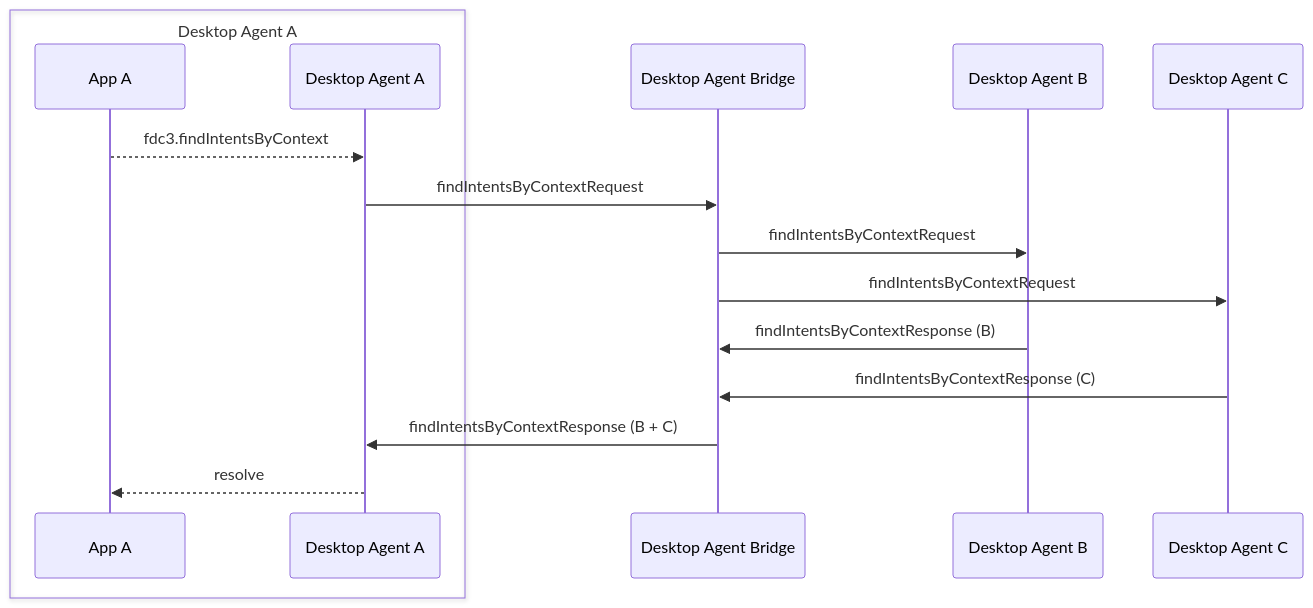
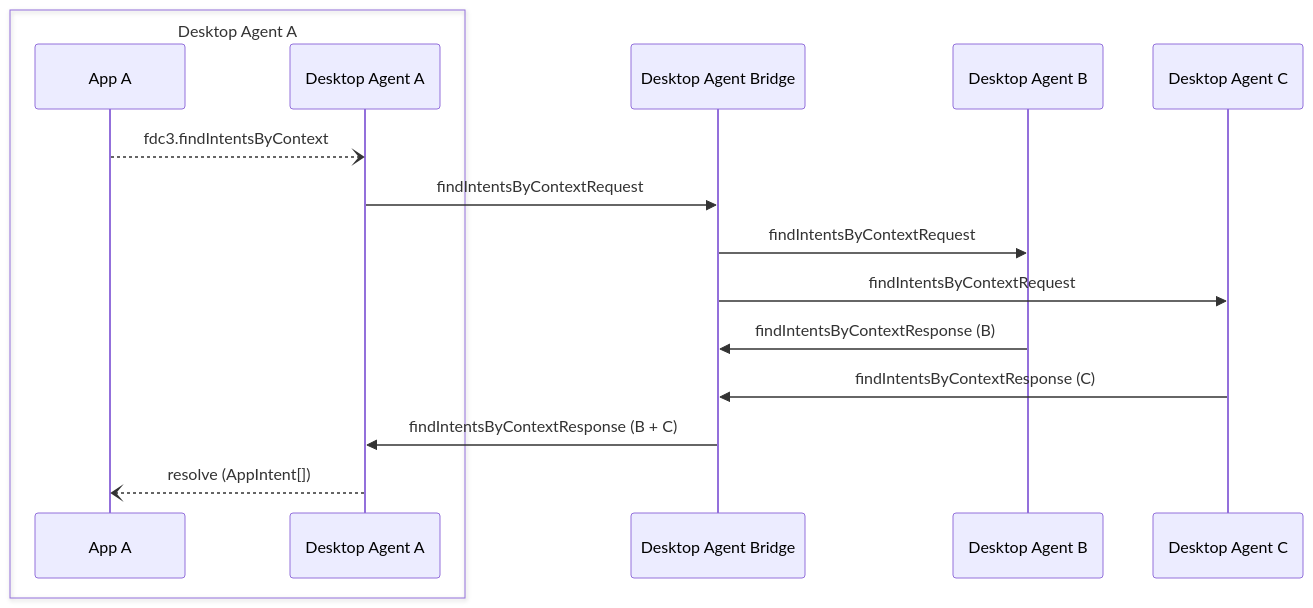
Before and after one commit to InteropIO/FDC3: the diagram in docs/agent-bridging/ref/findIntentsByContext.md, drawn with Mermaid. The commit also changed 12 other files, not shown here.

Commit message:
Changing arrow style for FDC3 API calls + adding expect type for promise resolution to mermaid diagrams

````diff
--- a/docs/agent-bridging/ref/findIntentsByContext.md
+++ b/docs/agent-bridging/ref/findIntentsByContext.md
@@ -25,18 +25,18 @@
 ```mermaid
 sequenceDiagram
     box Desktop Agent A
     participant AA as App A
     participant DA as Desktop Agent A
     end
     participant DAB as Desktop Agent Bridge
     participant DB as Desktop Agent B
     participant DC as Desktop Agent C
-    AA -->> DA: fdc3.findIntentsByContext
+    AA --) DA: fdc3.findIntentsByContext
     DA ->> DAB: findIntentsByContextRequest
     DAB ->> DB: findIntentsByContextRequest
     DAB ->> DC: findIntentsByContextRequest
     DB ->> DAB: findIntentsByContextResponse (B)
     DC ->> DAB: findIntentsByContextResponse (C)
     DAB ->> DA: findIntentsByContextResponse (B + C)
-    DA -->> AA: resolve
+    DA --) AA: resolve (AppIntent[])
 ```
````
